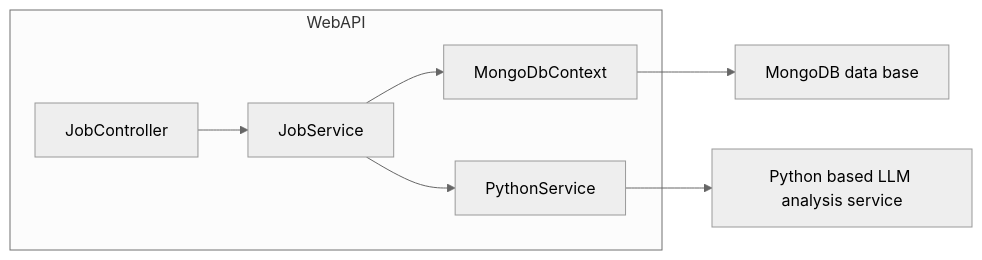
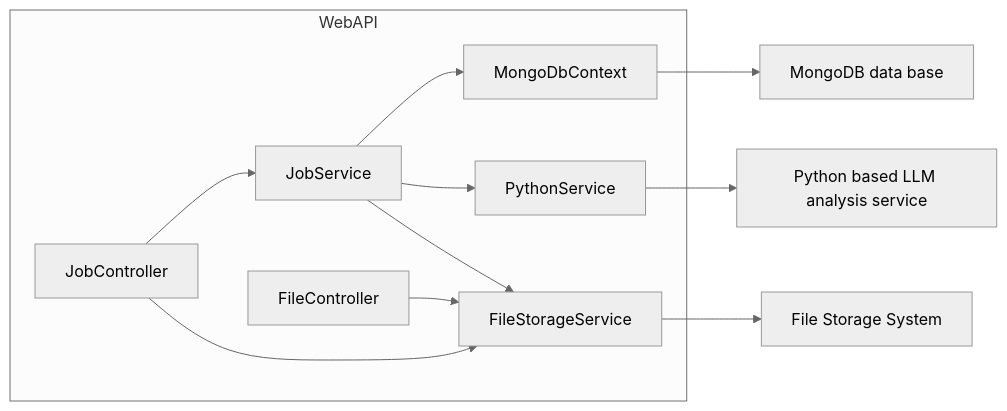
The diagram in Documentation.md (Omkar2101/backend-jd), drawn with Mermaid (neutral theme) before and after one commit. The commit also changed other lines of this file and 1 other file, not shown here.

````diff
--- a/Documentation.md
+++ b/Documentation.md
@@ -596,15 +655,21 @@
 ```mermaid
 flowchart LR
   subgraph WebAPI
     JC[JobController]
+    FC[FileController]
     JS[JobService]
     PS[PythonService]
+    FS[FileStorageService]
     DB[MongoDbContext]
   end
 
   JC --> JS
+  JC --> FS
+  FC --> FS
   JS --> DB
   JS --> PS
+  JS --> FS
   DB --> MongoDBDataBase["MongoDB data base"]
   PS --> PythonLLM["Python based LLM analysis service"]
+  FS --> FileSystem["File Storage System"]
 ```
````
